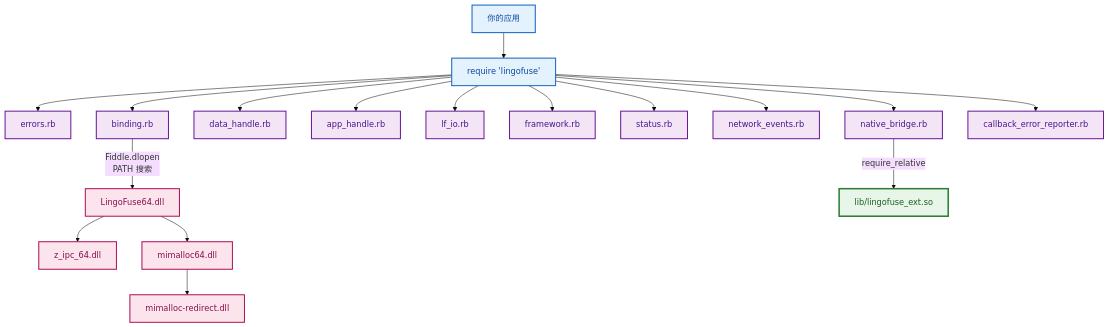
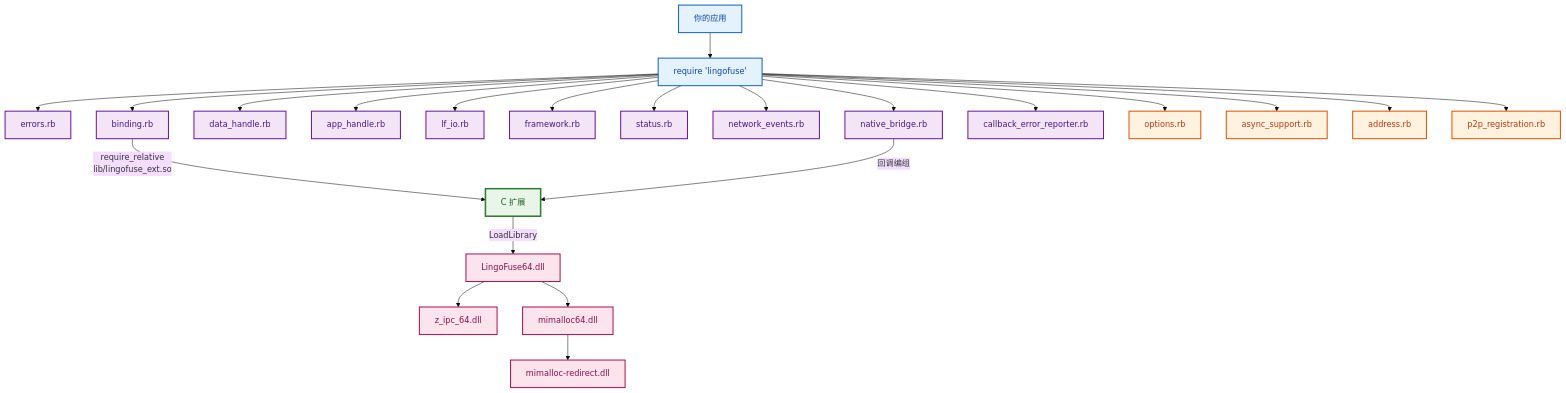
One commit to PassByYou888/LingoFuse changed the sixth of 14 diagrams in ruby/README.md. Above: the diagram before and after it, drawn with Mermaid (base theme). The commit also changed other lines of this file and 21 other files, not shown here.

````diff
--- a/ruby/README.md
+++ b/ruby/README.md
@@ -190,32 +209,40 @@
 ```mermaid
 flowchart TD
     App["你的应用"] --> Load["require 'lingofuse'"]
 
     Load --> Errors["errors.rb"]
     Load --> Binding["binding.rb"]
     Load --> DataHandle["data_handle.rb"]
     Load --> AppHandle["app_handle.rb"]
     Load --> LfIo["lf_io.rb"]
     Load --> Framework["framework.rb"]
     Load --> Status["status.rb"]
     Load --> NetEvt["network_events.rb"]
     Load --> NatBridge["native_bridge.rb"]
     Load --> CBErr["callback_error_reporter.rb"]
 
-    Binding -->|"Fiddle.dlopen<br/>PATH 搜索"| DLL["LingoFuse64.dll"]
-    NatBridge -->|"require_relative"| Ext["lib/lingofuse_ext.so"]
+    Load --> OptV2["options.rb"]
+    Load --> AsyncV2["async_support.rb"]
+    Load --> AddrV2["address.rb"]
+    Load --> P2PV2["p2p_registration.rb"]
 
+    Binding -->|"require_relative<br/>lib/lingofuse_ext.so"| Ext["C 扩展"]
+    NatBridge -->|"回调编组"| Ext
+
+    Ext -->|"LoadLibrary"| DLL["LingoFuse64.dll"]
     DLL --> ZIPC["z_ipc_64.dll"]
     DLL --> MI["mimalloc64.dll"]
     MI --> MIRed["mimalloc-redirect.dll"]
 
     classDef app fill:#E3F2FD,stroke:#1565C0,stroke-width:2px,color:#0D47A1
     classDef rb fill:#F3E5F5,stroke:#6A1B9A,stroke-width:2px,color:#4A148C
+    classDef v2 fill:#FFF3E0,stroke:#E65100,stroke-width:2px,color:#BF360C
     classDef ext fill:#E8F5E9,stroke:#2E7D32,stroke-width:3px,color:#1B5E20
     classDef native fill:#FCE4EC,stroke:#AD1457,stroke-width:2px,color:#880E4F
 
     class App,Load app
     class Errors,Binding,DataHandle,AppHandle,LfIo,Framework,Status,NetEvt,NatBridge,CBErr rb
+    class OptV2,AsyncV2,AddrV2,P2PV2 v2
     class Ext ext
     class DLL,ZIPC,MI,MIRed native
 ```
````
